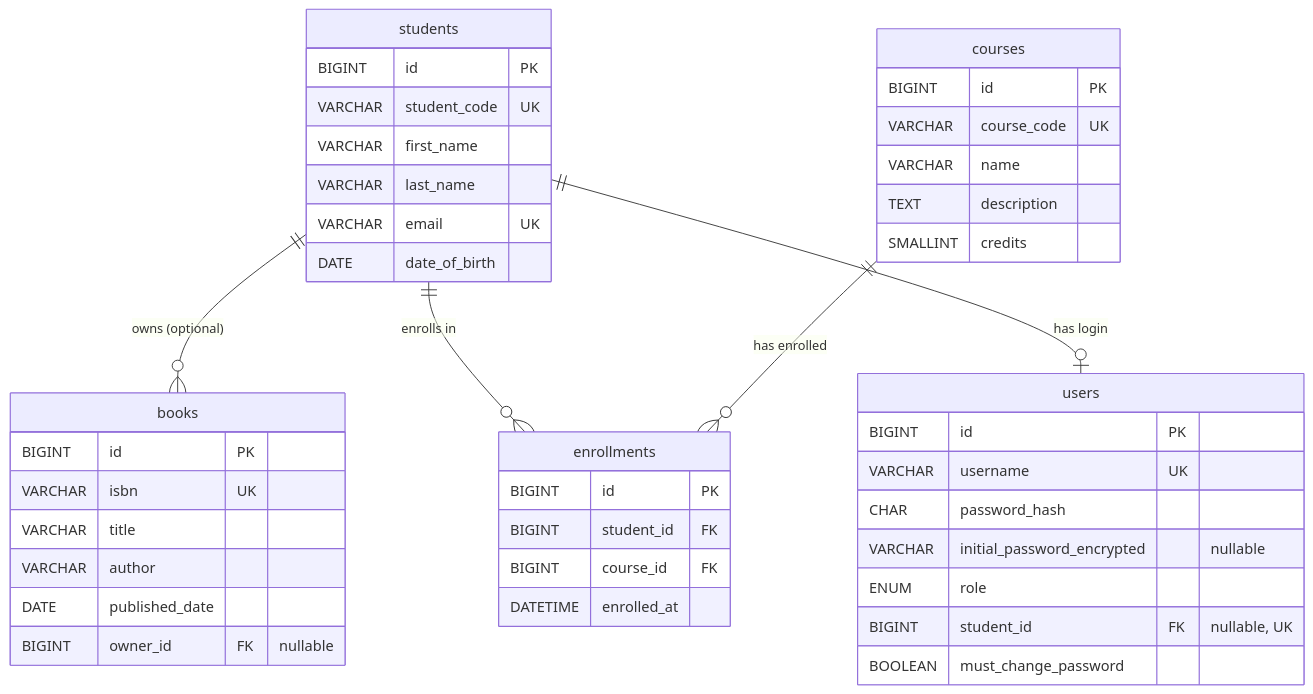
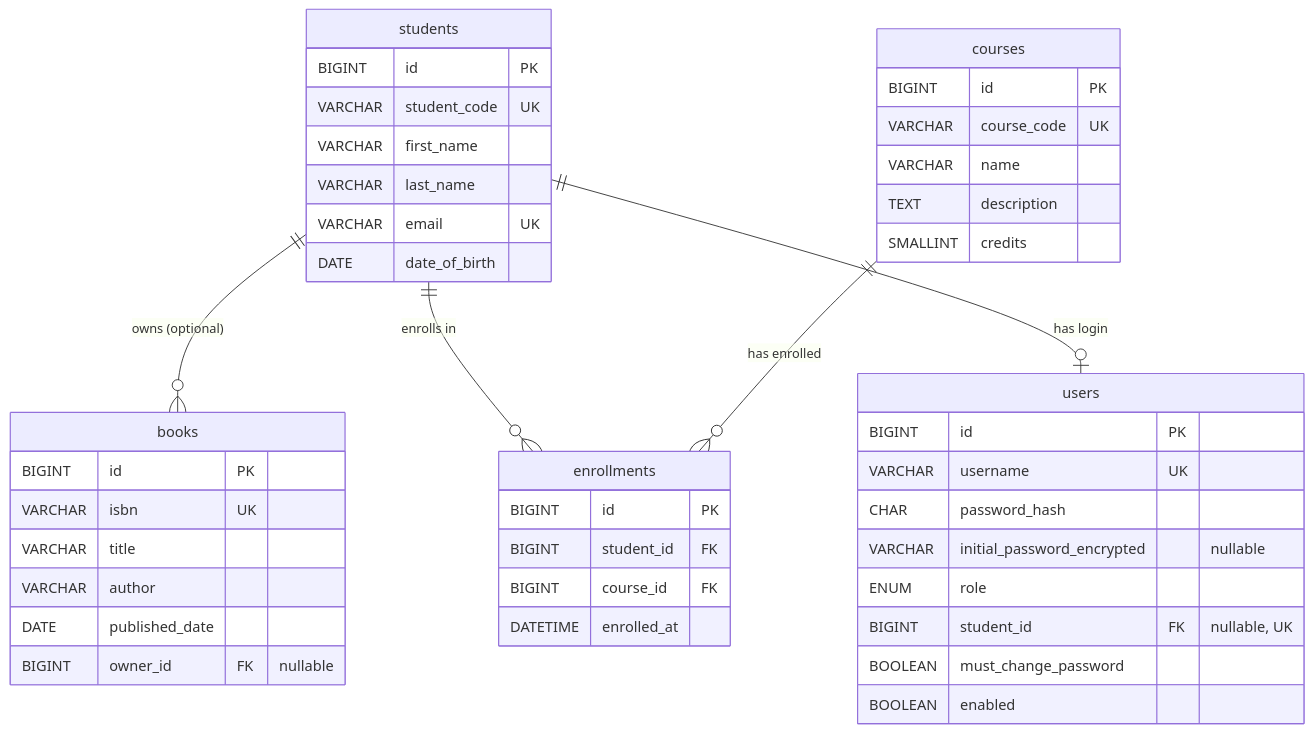
The diagram in docs/SA-docs/05-database-schema.md (phuchoang2005/Student-Management-System), drawn with Mermaid before and after one commit. The commit also changed other lines of this file and 44 other files, not shown here.

````diff
--- a/docs/SA-docs/05-database-schema.md
+++ b/docs/SA-docs/05-database-schema.md
@@ -17,46 +17,47 @@
 ```mermaid
 erDiagram
     students ||--o{ books : "owns (optional)"
     students ||--o{ enrollments : "enrolls in"
     courses ||--o{ enrollments : "has enrolled"
     students ||--o| users : "has login"
 
     students {
         BIGINT id PK
         VARCHAR student_code UK
         VARCHAR first_name
         VARCHAR last_name
         VARCHAR email UK
         DATE date_of_birth
     }
     courses {
         BIGINT id PK
         VARCHAR course_code UK
         VARCHAR name
         TEXT description
         SMALLINT credits
     }
     books {
         BIGINT id PK
         VARCHAR isbn UK
         VARCHAR title
         VARCHAR author
         DATE published_date
         BIGINT owner_id FK "nullable"
     }
     enrollments {
         BIGINT id PK
         BIGINT student_id FK
         BIGINT course_id FK
         DATETIME enrolled_at
     }
     users {
         BIGINT id PK
         VARCHAR username UK
         CHAR password_hash
         VARCHAR initial_password_encrypted "nullable"
         ENUM role
         BIGINT student_id FK "nullable, UK"
         BOOLEAN must_change_password
+        BOOLEAN enabled
     }
 ```
````
